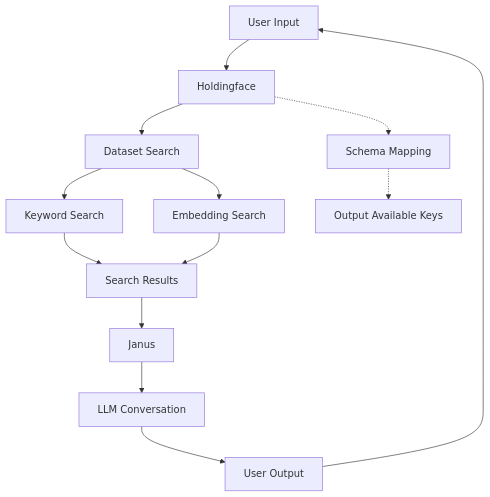
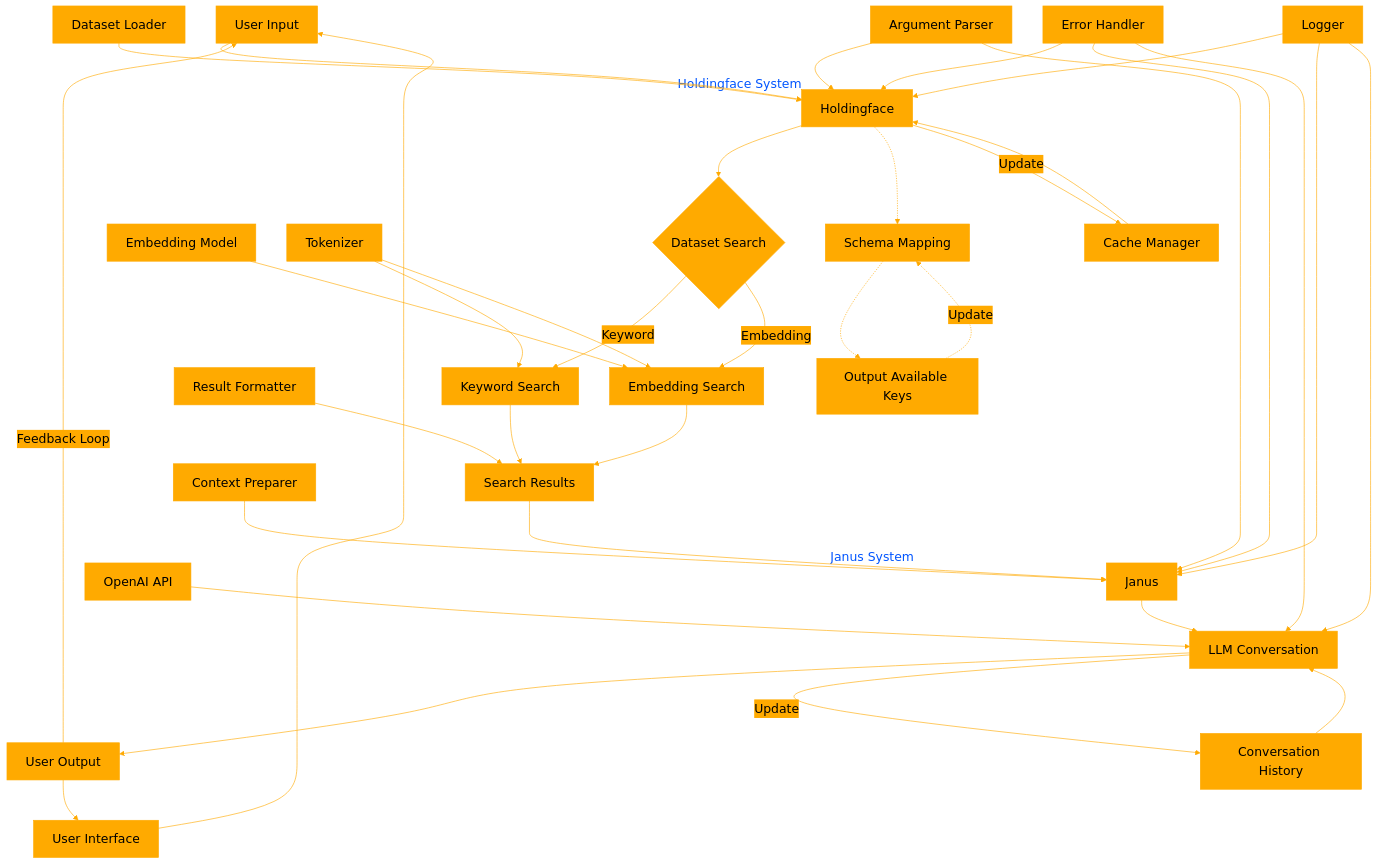
Before and after one commit to EveryOneIsGross/holdingfaceSEARCH: the diagram in README.md, drawn with Mermaid.

````diff
--- a/README.md
+++ b/README.md
@@ -7,15 +7,63 @@
 ```mermaid
+%%{init: {'theme': 'base', 'themeVariables': { 'primaryColor': '#ffaa00', 'primaryTextColor': '#000000', 'primaryBorderColor': '#ffaa00', 'lineColor': '#ffaa00', 'secondaryColor': '#ffaa00', 'tertiaryColor': '#ffaa00', 'clusterBkg': 'none', 'clusterBorder': 'none', 'fontSize': '20px'}}}%%
 graph TD
     A[User Input] --> B[Holdingface]
-    B --> C[Dataset Search]
-    C --> D[Keyword Search]
-    C --> E[Embedding Search]
+    B --> C{Dataset Search}
+    C --> |Keyword| D[Keyword Search]
+    C --> |Embedding| E[Embedding Search]
     D --> F[Search Results]
     E --> F
     F --> G[Janus]
     G --> H[LLM Conversation]
     H --> I[User Output]
-    I --> A
+    I --> |Feedback Loop| A
+    
     B -.-> J[Schema Mapping]
     J -.-> K[Output Available Keys]
+    K -.-> |Update| J
+    
+    subgraph Holdingface System
+    B
+    C
+    D
+    E
+    F
+    J
+    K
+    end
+    
+    subgraph Janus System
+    G
+    H
+    end
+    
+    L[Dataset Loader] --> B
+    M[Embedding Model] --> E
+    N[Tokenizer] --> D
+    N --> E
+    
+    O[Result Formatter] --> F
+    P[Context Preparer] --> G
+    
+    Q[OpenAI API] --> H
+    
+    R[Conversation History] --> H
+    H --> |Update| R
+    
+    S[User Interface] --> A
+    I --> S
+    
+    T[Cache Manager] --> B
+    B --> |Update| T
+    
+    U[Argument Parser] --> B
+    U --> G
+    
+    V[Error Handler] --> B
+    V --> G
+    V --> H
+    
+    W[Logger] --> B
+    W --> G
+    W --> H
 ```
````
